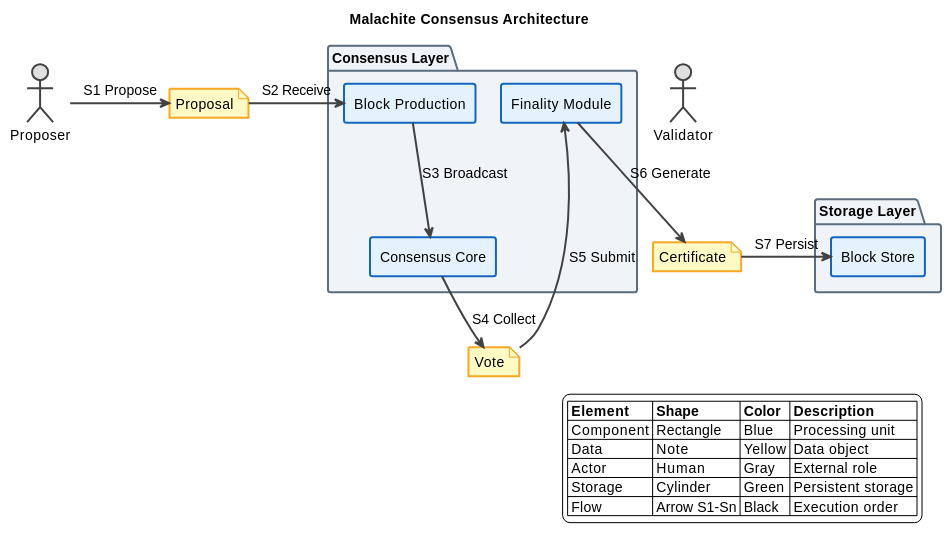
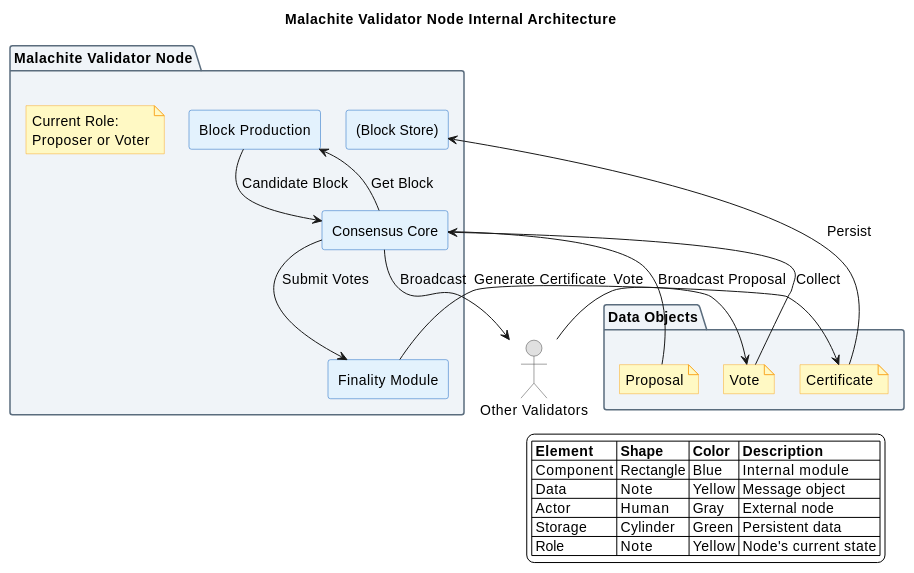
Before and after one commit to iampkuhz/openspec-research-blockchain: the diagram in knowledge/analysis/primitives/consensus/consensus-malachite/artifact.md, drawn with PlantUML. The commit also changed other lines of this file and 109 other files, not shown here.

````diff
--- a/knowledge/analysis/primitives/consensus/consensus-malachite/artifact.md
+++ b/knowledge/analysis/primitives/consensus/consensus-malachite/artifact.md
@@ -28,7 +31,5 @@
 ```plantuml
 @startuml
-' Malachite Consensus Architecture
-hide circle
 skinparam componentStyle rectangle
 skinparam defaultFontName "Helvetica"
 skinparam defaultFontSize 14
@@ -43,70 +44,66 @@
 skinparam package {
     BackgroundColor #F0F4F8
     BorderColor #5A6C7D
-    BorderThickness 2
 }
 
 skinparam component {
     BackgroundColor #E3F2FD
     BorderColor #1565C0
-    BorderThickness 2
-    ArrowColor #424242
-    ArrowThickness 2
 }
 
 skinparam database {
     BackgroundColor #C8E6C9
     BorderColor #2E7D32
-    BorderThickness 2
 }
 
 skinparam actor {
     BackgroundColor #E0E0E0
     BorderColor #424242
-    BorderThickness 2
 }
 
 skinparam note {
     BackgroundColor #FFF9C4
     BorderColor #F9A825
-    BorderThickness 2
 }
 
-title Malachite Consensus Architecture
+title Malachite Validator Node Internal Architecture
 
-package "Consensus Layer" {
+package "Malachite Validator Node" {
     component [Block Production] as BP
+    component [Consensus Core] as CC
     component [Finality Module] as FM
-    component [Consensus Core] as CC
+    database [(Block Store)] as BS
+
+    note "Current Role:\nProposer or Voter" as Role
 }
 
-package "Storage Layer" {
-    database [Block Store] as BS
+package "Data Objects" {
+    note "Proposal" as N_P
+    note "Vote" as N_V
+    note "Certificate" as N_C
 }
 
-actor "Proposer" as Proposer
-actor "Validator" as Validator
+actor "Other Validators" as OtherVals
 
-' 数据对象用黄色 note 表示
-note "Proposal" as N_P
-note "Vote" as N_V
-note "Certificate" as N_C
-
-Proposer -> N_P : S1 Propose
-N_P -> BP : S2 Receive
-BP --> CC : S3 Broadcast
-CC --> N_V : S4 Collect
-N_V -> FM : S5 Submit
-FM --> N_C : S6 Generate
-N_C -> BS : S7 Persist
+' 数据流
+OtherVals --> N_V : Vote
+N_V --> CC : Collect
+CC --> BP : Get Block
+BP --> CC : Candidate Block
+CC --> N_P : Broadcast Proposal
+CC --> FM : Submit Votes
+FM --> N_C : Generate Certificate
+N_C --> BS : Persist
+CC --> OtherVals : Broadcast
 
 legend right
   |= Element |= Shape |= Color |= Description |
-  | Component | Rectangle | Blue | Processing unit |
-  | Data | Note | Yellow | Data object |
-  | Actor | Human | Gray | External role |
-  | Storage | Cylinder | Green | Persistent storage |
-  | Flow | Arrow S1-Sn | Black | Execution order |
+  | Component | Rectangle | Blue | Internal module |
+  | Data | Note | Yellow | Message object |
+  | Actor | Human | Gray | External node |
+  | Storage | Cylinder | Green | Persistent data |
+  | Role | Note | Yellow | Node's current state |
 endlegend
+
 @enduml
 ```
````
